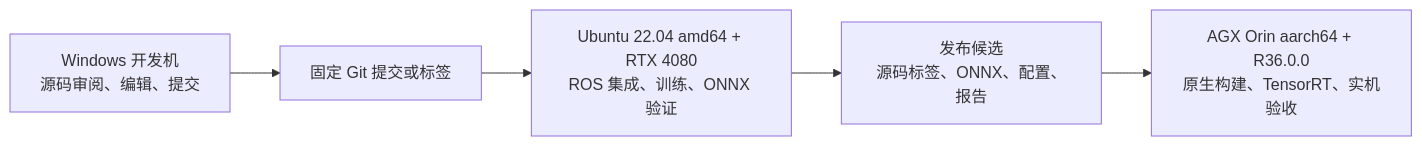
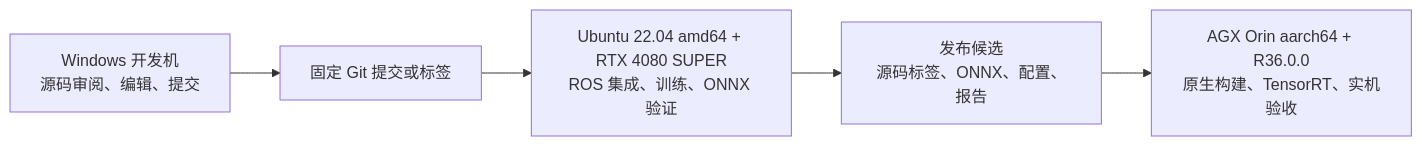
Before and after one commit to sjidnsk/lunar-navigation: the first of 2 diagrams in docs/superpowers/specs/2026-08-02-lunar-navigation-greenfield-ros2-jetson-design.md, drawn with Mermaid. The commit also changed other lines of this file and 9 other files, not shown here.

````diff
--- a/docs/superpowers/specs/2026-08-02-lunar-navigation-greenfield-ros2-jetson-design.md
+++ b/docs/superpowers/specs/2026-08-02-lunar-navigation-greenfield-ros2-jetson-design.md
@@ -56,7 +56,7 @@
 ```mermaid
 flowchart LR
     W["Windows 开发机<br/>源码审阅、编辑、提交"] --> G["固定 Git 提交或标签"]
-    G --> U["Ubuntu 22.04 amd64 + RTX 4080<br/>ROS 集成、训练、ONNX 验证"]
+    G --> U["Ubuntu 22.04 amd64 + RTX 4080 SUPER<br/>ROS 集成、训练、ONNX 验证"]
     U --> B["发布候选<br/>源码标签、ONNX、配置、报告"]
     B --> J["AGX Orin aarch64 + R36.0.0<br/>原生构建、TensorRT、实机验收"]
 ```
````
